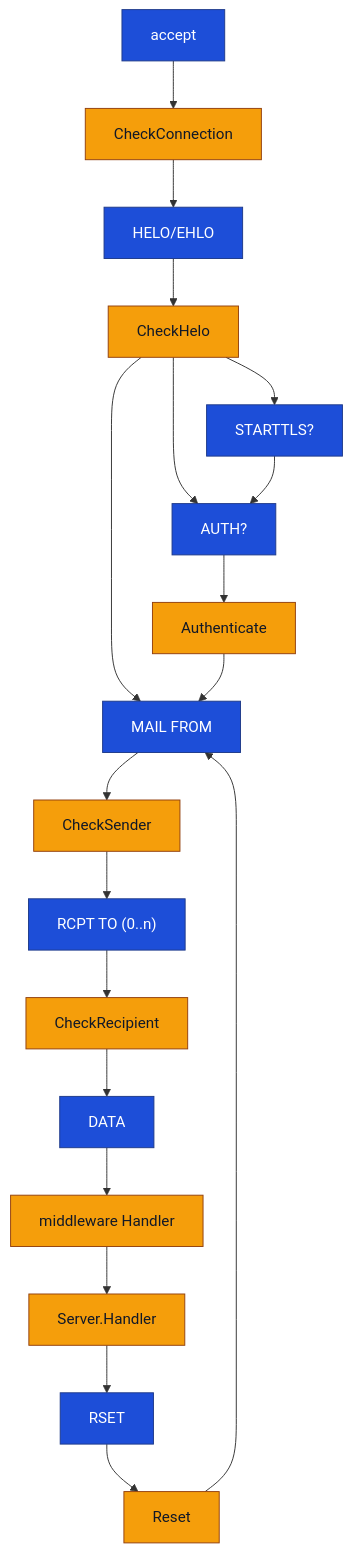
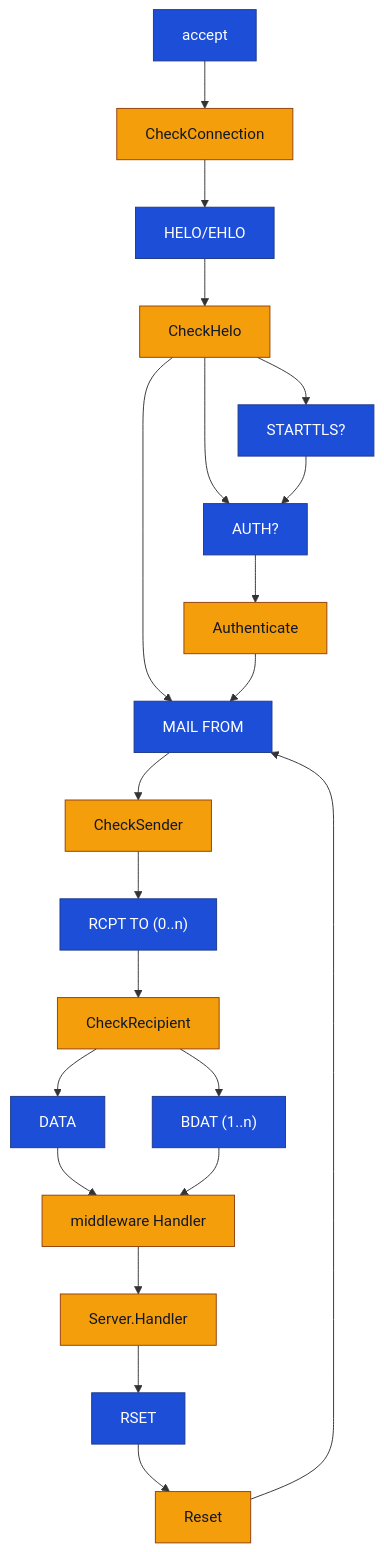
The diagram in README.md (chrj/smtpd), drawn with Mermaid before and after one commit. The commit also changed other lines of this file and 18 other files, not shown here.

````diff
--- a/README.md
+++ b/README.md
@@ -175,27 +177,29 @@
 ```mermaid
 flowchart TD
     accept["accept"] --> checkConnection["CheckConnection"]
     checkConnection --> helo["HELO/EHLO"]
     helo --> checkHelo["CheckHelo"]
     checkHelo --> starttls["STARTTLS?"]
     checkHelo --> auth["AUTH?"]
     starttls --> auth
     checkHelo --> mailFrom["MAIL FROM"]
     auth --> authenticate["Authenticate"]
     authenticate --> mailFrom
     mailFrom --> checkSender["CheckSender"]
     checkSender --> rcptTo["RCPT TO (0..n)"]
     rcptTo --> checkRecipient["CheckRecipient"]
     checkRecipient --> data["DATA"]
+    checkRecipient --> bdat["BDAT (1..n)"]
     data --> middlewareHandler["middleware Handler"]
+    bdat --> middlewareHandler
     middlewareHandler --> serverHandler["Server.Handler"]
     serverHandler --> rset["RSET"]
     rset --> resetHook["Reset"]
     resetHook --> mailFrom
 
     classDef phase fill:#1d4ed8,stroke:#1e3a8a,color:#ffffff;
     classDef hook fill:#f59e0b,stroke:#92400e,color:#111827;
 
-    class accept,helo,starttls,auth,mailFrom,rcptTo,data,rset phase;
+    class accept,helo,starttls,auth,mailFrom,rcptTo,data,bdat,rset phase;
     class checkConnection,checkHelo,authenticate,checkSender,checkRecipient,middlewareHandler,serverHandler,resetHook hook;
 ```
````
